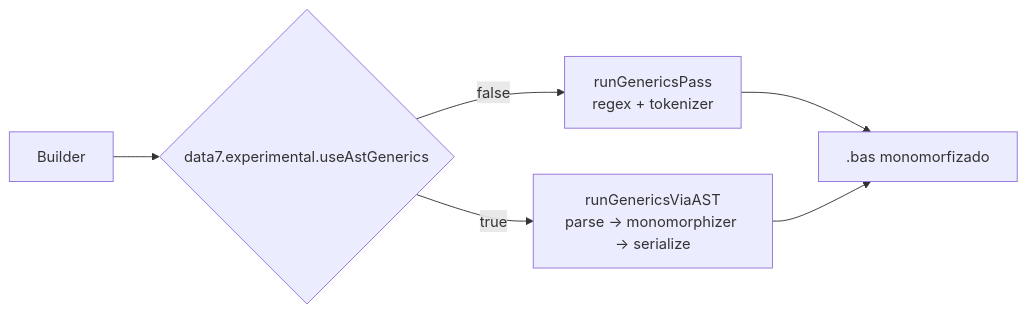
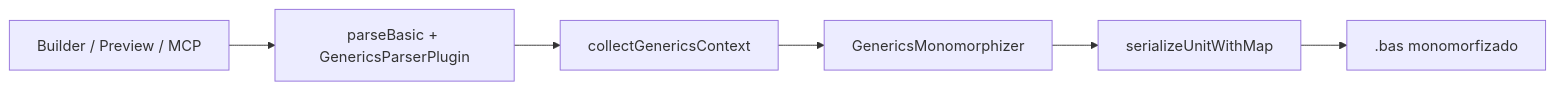
Before and after one commit to matheusdevelope/vscode-extension-data7: the first of 2 diagrams in docs/linguagem-basic/07-generics.md, drawn with Mermaid. The commit also changed other lines of this file and 248 other files, not shown here.

````diff
--- a/docs/linguagem-basic/07-generics.md
+++ b/docs/linguagem-basic/07-generics.md
@@ -110,12 +110,11 @@
 ```mermaid
 flowchart LR
-  Build[Builder]
-  Flag{data7.experimental.useAstGenerics}
-  Textual[runGenericsPass<br/>regex + tokenizer]
-  AST[runGenericsViaAST<br/>parse → monomorphizer → serialize]
+  Build[Builder / Preview / MCP]
+  Parse[parseBasic + GenericsParserPlugin]
+  Collect[collectGenericsContext]
+  Mono[GenericsMonomorphizer]
+  Serialize[serializeUnitWithMap]
   Out[".bas monomorfizado"]
 
-  Build --> Flag
-  Flag -- false --> Textual --> Out
-  Flag -- true --> AST --> Out
+  Build --> Parse --> Collect --> Mono --> Serialize --> Out
 ```
````
